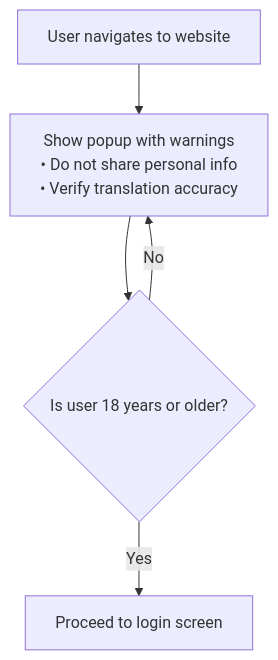
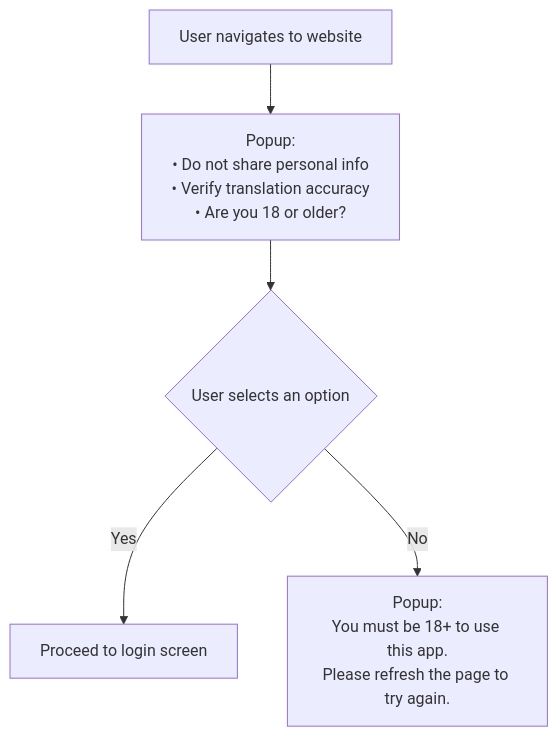
One commit to btswann11/CSE550 changed the first of 2 diagrams in designs/security.md. Above: the diagram before and after it, drawn with Mermaid. The commit also changed other lines of this file, not shown here.

````diff
--- a/designs/security.md
+++ b/designs/security.md
@@ -18,7 +18,7 @@
 ```mermaid
 flowchart TD
-    A[User navigates to website] --> B[Show popup with warnings<br/>• Do not share personal info<br/>• Verify translation accuracy]
-    B --> C{Is user 18 years or older?}
+    A[User navigates to website] --> B["Popup:\n• Do not share personal info\n• Verify translation accuracy\n• Are you 18 or older?"]
+    B --> C{User selects an option}
     C -- Yes --> D[Proceed to login screen]
-    C -- No --> B
+    C -- No --> E["Popup:\nYou must be 18+ to use this app.\nPlease refresh the page to try again."]
 ```
````
